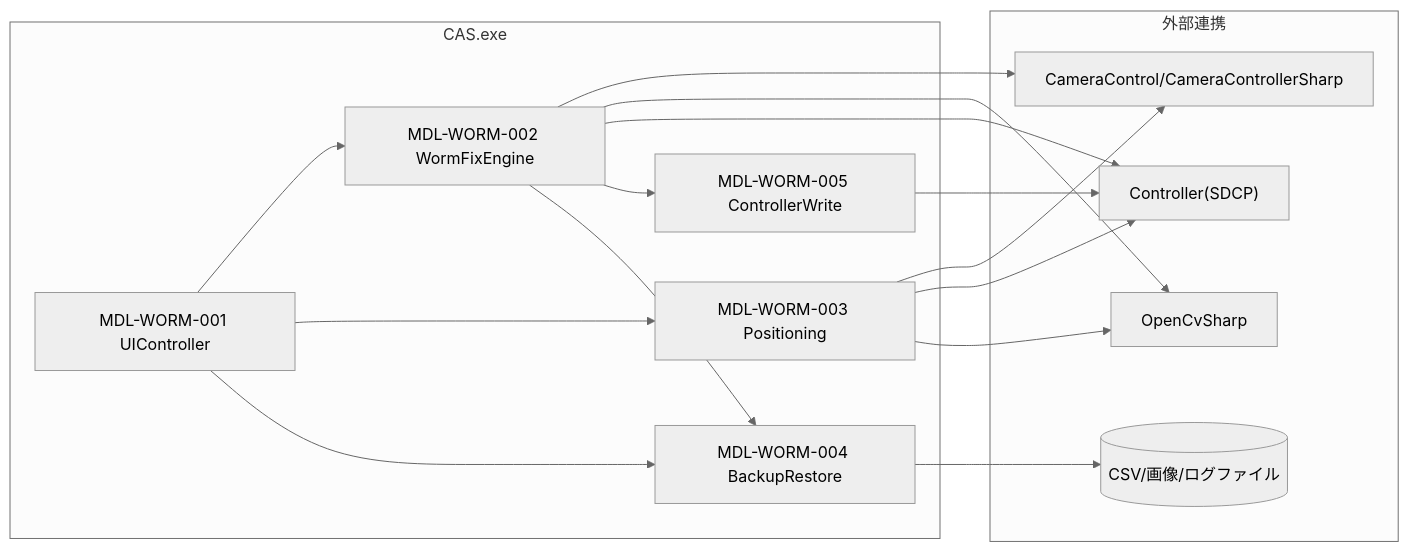
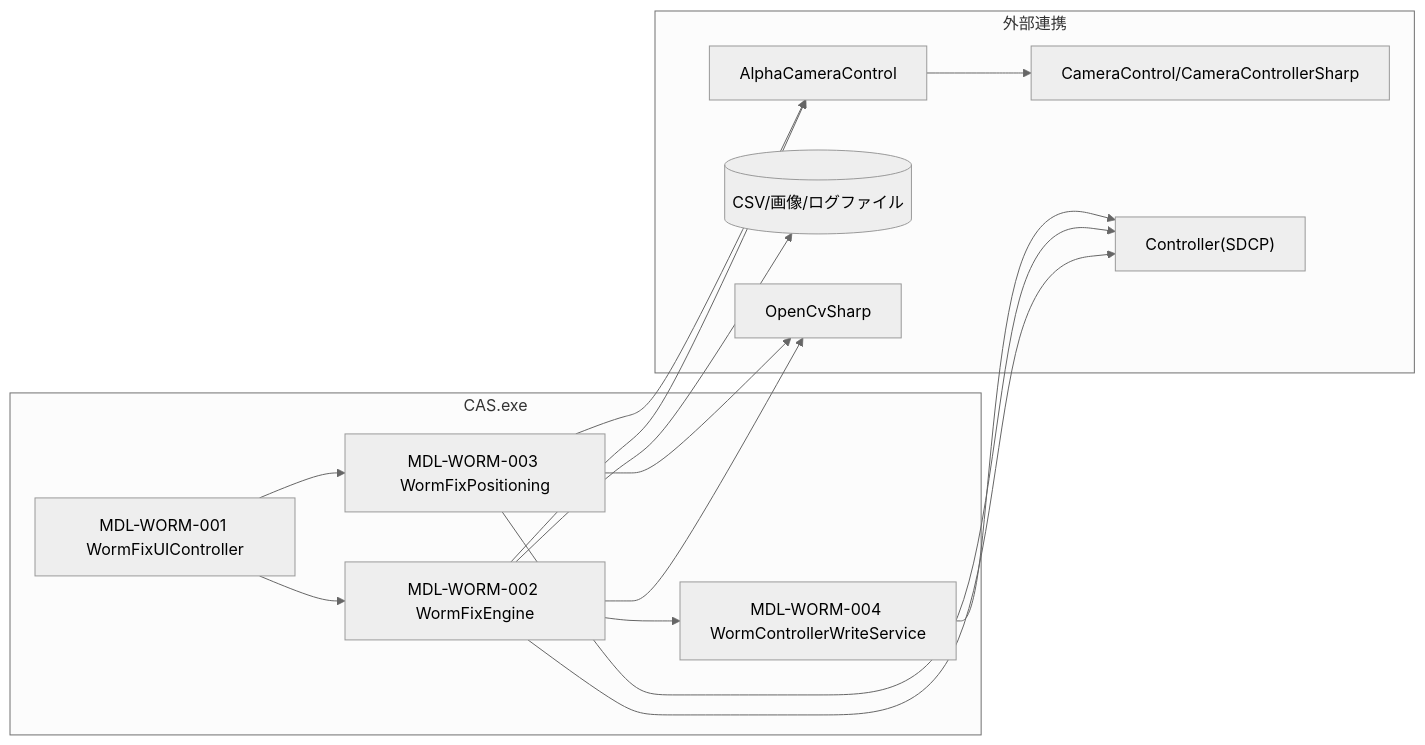
One commit to HottaTakayuki/ColorAlignmentSoftware changed the diagram in docs/02-03.WormFix/WormFix_詳細設計書/02_モジュール配置図.md. Above: the diagram before and after it, drawn with Mermaid (neutral theme). The commit also changed other lines of this file and 8 other files, not shown here.

````diff
--- a/docs/02-03.WormFix/WormFix_詳細設計書/02_モジュール配置図.md
+++ b/docs/02-03.WormFix/WormFix_詳細設計書/02_モジュール配置図.md
@@ -6,31 +6,30 @@
 ```mermaid
 flowchart LR
 	subgraph CAS["CAS.exe"]
-		UI["MDL-WORM-001 UIController"]
+		UI["MDL-WORM-001 WormFixUIController"]
 		ENG["MDL-WORM-002 WormFixEngine"]
-		POS["MDL-WORM-003 Positioning"]
-		BAK["MDL-WORM-004 BackupRestore"]
-		WRT["MDL-WORM-005 ControllerWrite"]
+		POS["MDL-WORM-003 WormFixPositioning"]
+		WRT["MDL-WORM-004 WormControllerWriteService"]
 	end
 
 	subgraph External["外部連携"]
+		ACC["AlphaCameraControl"]
 		CAM["CameraControl/CameraControllerSharp"]
 		CTRL["Controller(SDCP)"]
 		FS[("CSV/画像/ログファイル")]
 		CV["OpenCvSharp"]
 	end
 
 	UI --> ENG
 	UI --> POS
-	UI --> BAK
-	ENG --> CAM
 	ENG --> CV
+	ENG --> ACC
+	ENG --> WRT
 	ENG --> CTRL
-	ENG --> WRT
-	ENG --> BAK
-	POS --> CAM
+	ACC --> CAM
+	POS --> ACC
 	POS --> CTRL
 	POS --> CV
-	BAK --> FS
+	ENG --> FS
 	WRT --> CTRL
 ```
````
